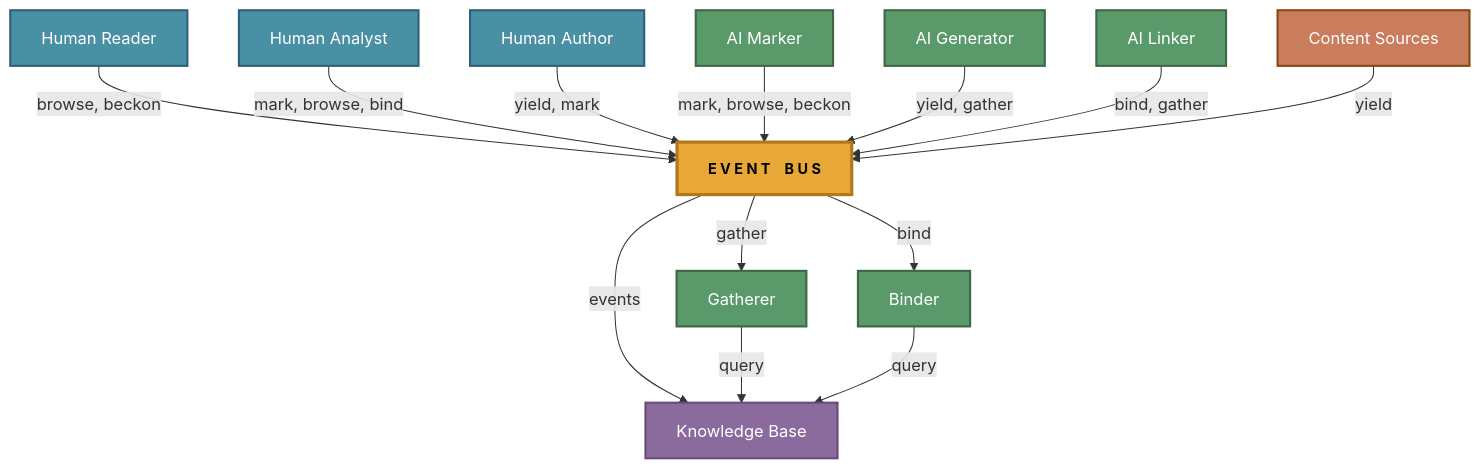
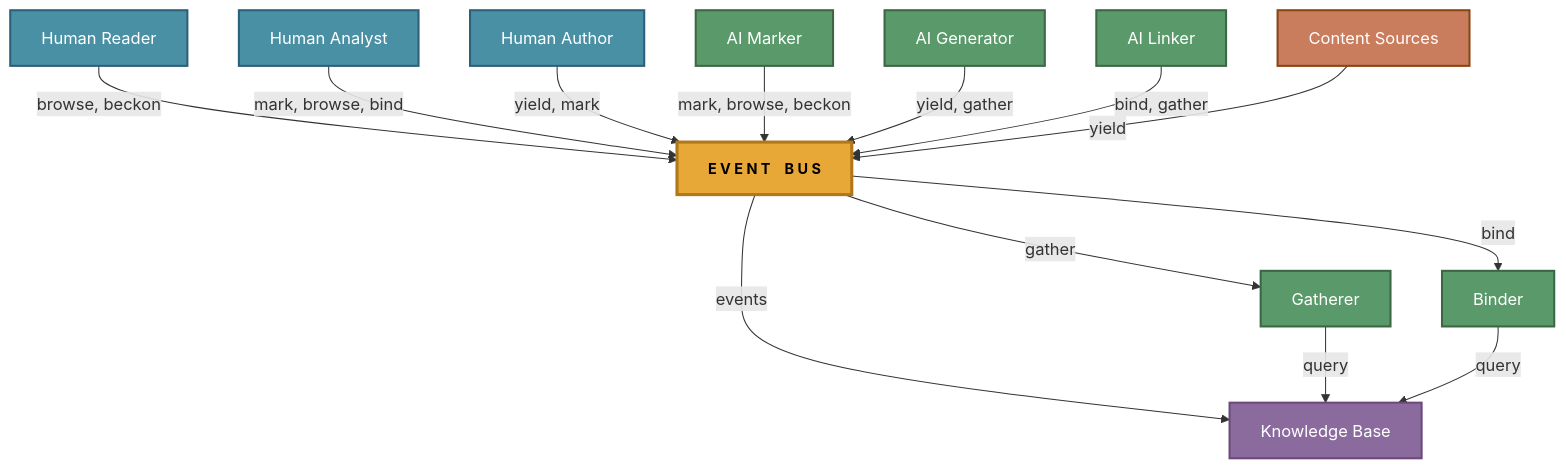
The first of 3 diagrams in docs/ARCHITECTURE-NEXT.md (The-AI-Alliance/semiont), drawn with Mermaid before and after one commit.

Commit message:
move content sources

````diff
--- a/docs/ARCHITECTURE-NEXT.md
+++ b/docs/ARCHITECTURE-NEXT.md
@@ -17,32 +17,33 @@
 ```mermaid
 graph TD
     READER["Human Reader"] -->|"browse, beckon"| BUS
     ANALYST["Human Analyst"] -->|"mark, browse, bind"| BUS
     AUTHOR["Human Author"] -->|"yield, mark"| BUS
     MARKER["AI Marker"] -->|"mark, browse, beckon"| BUS
     GENERATOR["AI Generator"] -->|"yield, gather"| BUS
     LINKER["AI Linker"] -->|"bind, gather"| BUS
-    SOURCES["Content Sources"] -->|"yield"| BUS
 
     BUS["E V E N T &ensp; B U S"]
 
+    SOURCES["Content Sources"] -->|"yield"| BUS
     BUS -->|"events"| KB["Knowledge Base"]
     BUS -->|"gather"| GATHERER["Gatherer"]
     BUS -->|"bind"| BINDER["Binder"]
+    SOURCES ~~~ GATHERER
     GATHERER -->|"query"| KB
     BINDER -->|"query"| KB
 
     classDef bus fill:#e8a838,stroke:#b07818,stroke-width:3px,color:#000,font-weight:bold,font-size:14px
     classDef human fill:#4a90a4,stroke:#2c5f7a,stroke-width:2px,color:#fff
     classDef ai fill:#5a9a6a,stroke:#3d6644,stroke-width:2px,color:#fff
     classDef kb fill:#8b6b9d,stroke:#6b4a7a,stroke-width:2px,color:#fff
     classDef stream fill:#c97d5d,stroke:#8b4513,stroke-width:2px,color:#fff
     classDef worker fill:#5a9a6a,stroke:#3d6644,stroke-width:2px,color:#fff
 
     class READER,ANALYST,AUTHOR human
     class MARKER,GENERATOR,LINKER ai
     class BUS bus
     class KB kb
     class SOURCES stream
     class GATHERER,BINDER worker
 ```
````
